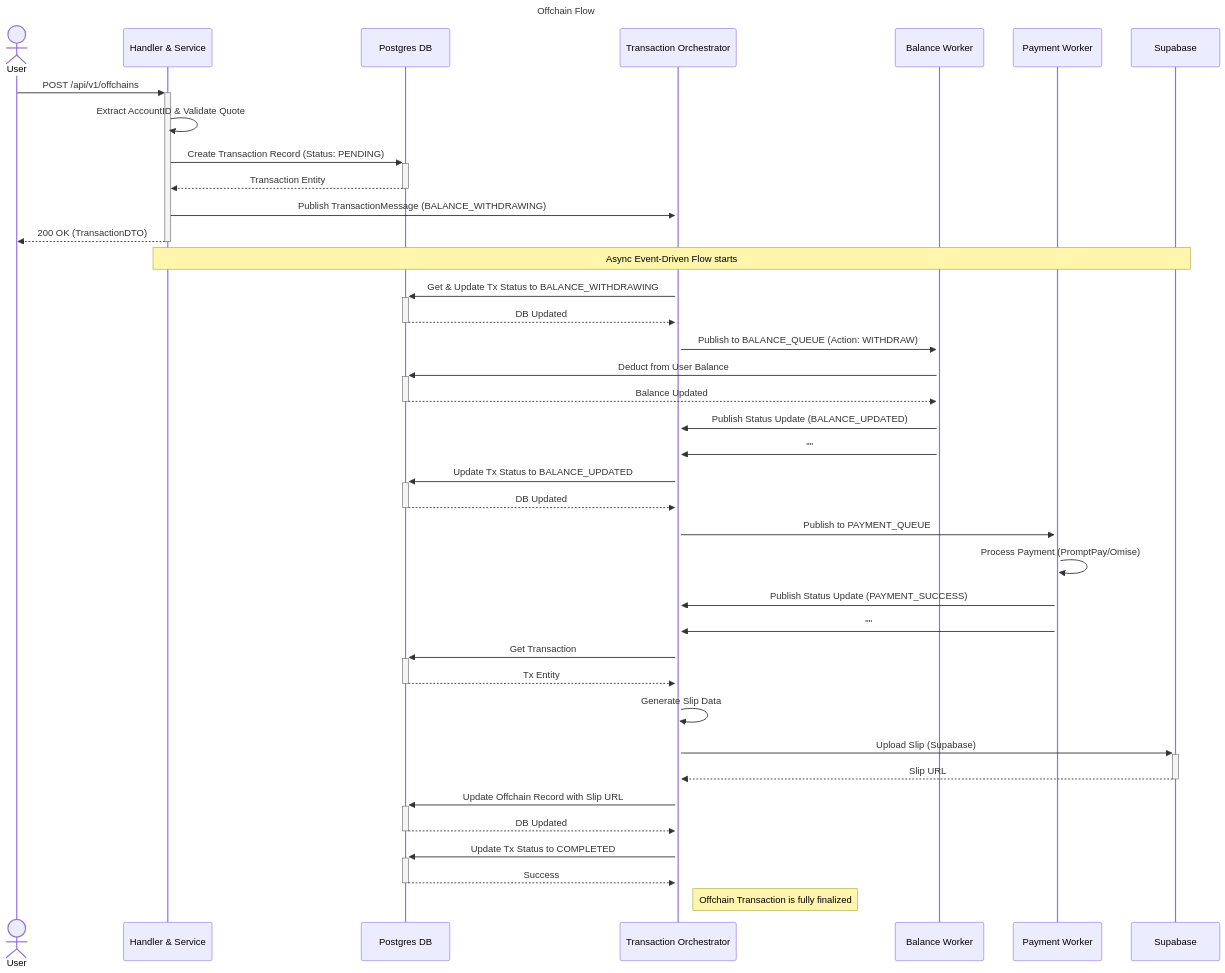
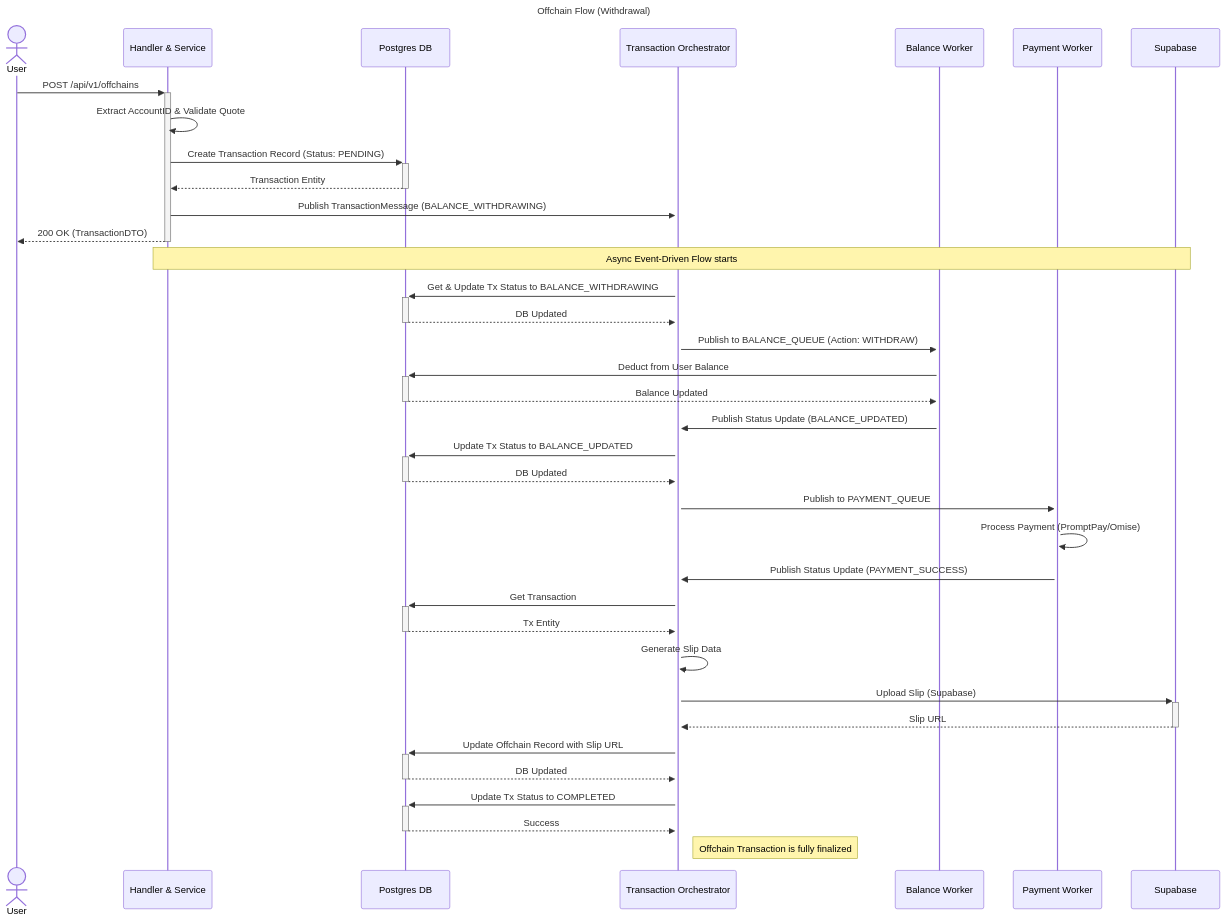
The second of 2 diagrams in README.md (Narutchai01/solpay-core-service), drawn with Mermaid before and after one commit. The commit also changed other lines of this file and 1 other file, not shown here.

Commit message:
Remove empty arrows and update title in README

````diff
--- a/README.md
+++ b/README.md
@@ -55,46 +53,44 @@
 ```mermaid
 sequenceDiagram
-    title Offchain Flow
+    title Offchain Flow (Withdrawal)
     actor User
     participant API as Handler & Service
     participant DB as Postgres DB
     participant Orch as Transaction Orchestrator
     participant Balance as Balance Worker
     participant Payment as Payment Worker
     participant Storage as Supabase
 
     User->>+API: POST /api/v1/offchains
     API->>API: Extract AccountID & Validate Quote
     API->>+DB: Create Transaction Record (Status: PENDING)
     DB-->>-API: Transaction Entity
     API->>+Orch: Publish TransactionMessage (BALANCE_WITHDRAWING)
     API-->>-User: 200 OK (TransactionDTO)
 
     Note over API, Storage: Async Event-Driven Flow starts
 
     Orch->>+DB: Get & Update Tx Status to BALANCE_WITHDRAWING
     DB-->>-Orch: DB Updated
     Orch->>+Balance: Publish to BALANCE_QUEUE (Action: WITHDRAW)
     Balance->>+DB: Deduct from User Balance
     DB-->>-Balance: Balance Updated
     Balance->>Orch: Publish Status Update (BALANCE_UPDATED)
-    Balance->>Orch: ""
 
     Orch->>+DB: Update Tx Status to BALANCE_UPDATED
     DB-->>-Orch: DB Updated
     Orch->>+Payment: Publish to PAYMENT_QUEUE
     Payment->>Payment: Process Payment (PromptPay/Omise)
     Payment->>Orch: Publish Status Update (PAYMENT_SUCCESS)
-    Payment->>Orch: ""
 
     Orch->>+DB: Get Transaction
     DB-->>-Orch: Tx Entity
     Orch->>Orch: Generate Slip Data
     Orch->>+Storage: Upload Slip (Supabase)
     Storage-->>-Orch: Slip URL
     Orch->>+DB: Update Offchain Record with Slip URL
     DB-->>-Orch: DB Updated
     Orch->>+DB: Update Tx Status to COMPLETED
     DB-->>-Orch: Success
     Note right of Orch: Offchain Transaction is fully finalized
 ```
````
